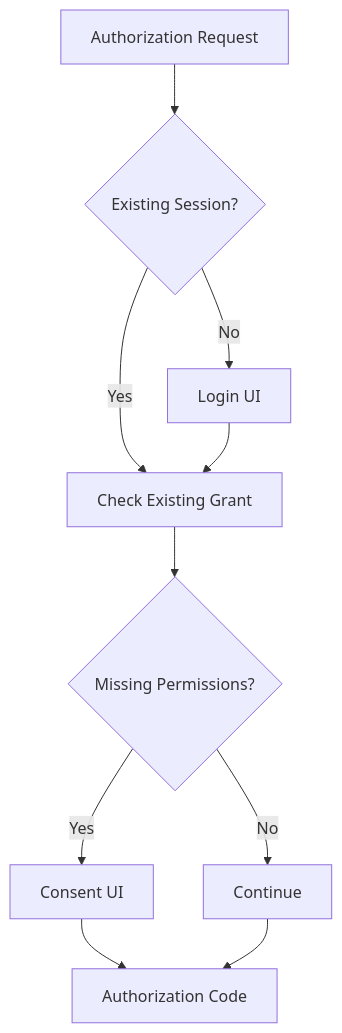
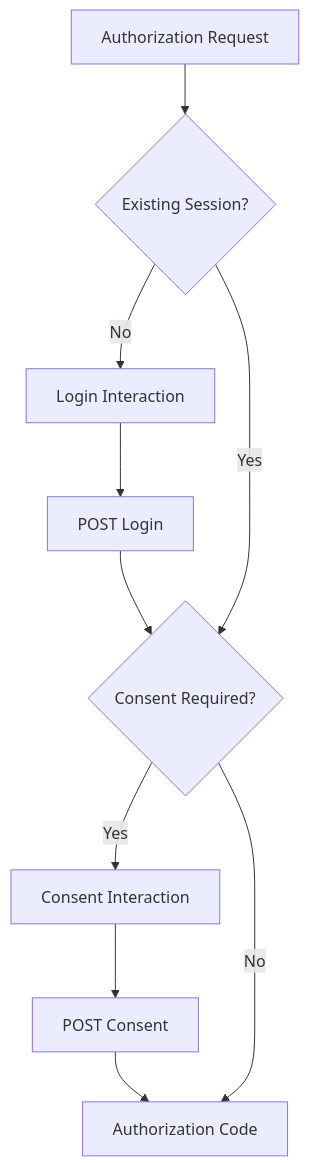
Before and after one commit to TechSivaram/tscloak: the first of 18 diagrams in README.md, drawn with Mermaid. The commit also changed other lines of this file, not shown here.

Commit message:
updated the readme with consent url

````diff
--- a/README.md
+++ b/README.md
@@ -70,12 +70,12 @@
 ```mermaid
 flowchart TD
     A["Authorization Request"] --> B{"Existing Session?"}
-    B -->|No| C["Login UI"]
-    B -->|Yes| D["Check Existing Grant"]
-    C --> D
-    D --> E{"Missing Permissions?"}
-    E -->|Yes| F["Consent UI"]
-    E -->|No| G["Continue"]
-    F --> H["Authorization Code"]
-    G --> H
+    B -->|No| C["Login Interaction"]
+    C --> D["POST Login"]
+    D --> E{"Consent Required?"}
+    B -->|Yes| E
+    E -->|Yes| F["Consent Interaction"]
+    F --> G["POST Consent"]
+    G --> H["Authorization Code"]
+    E -->|No| H
 ```
````
